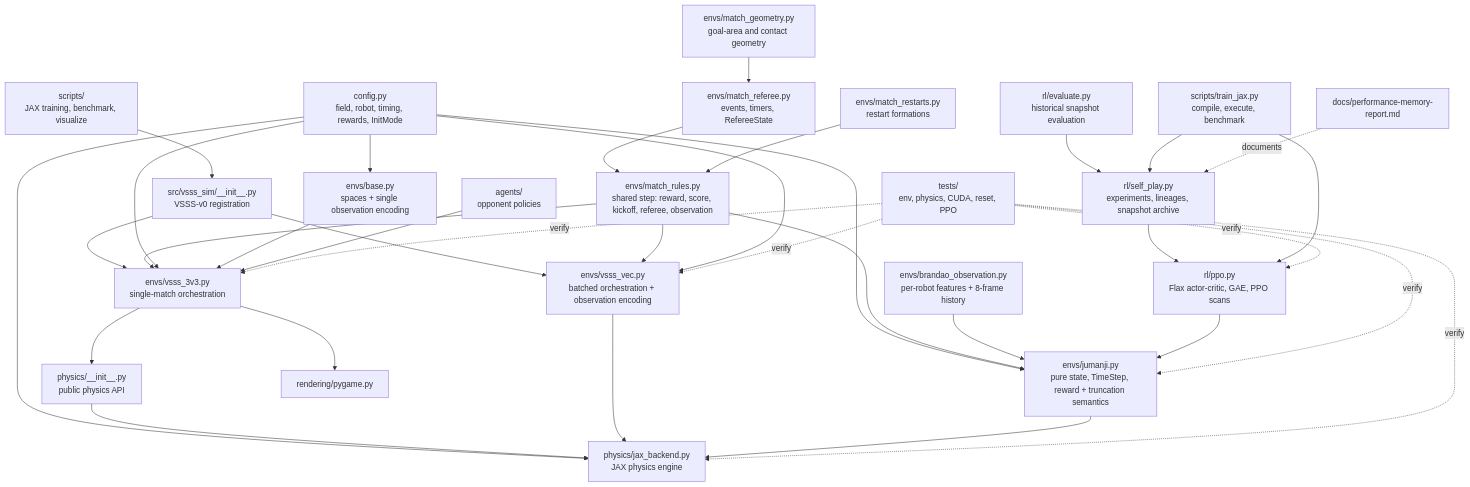
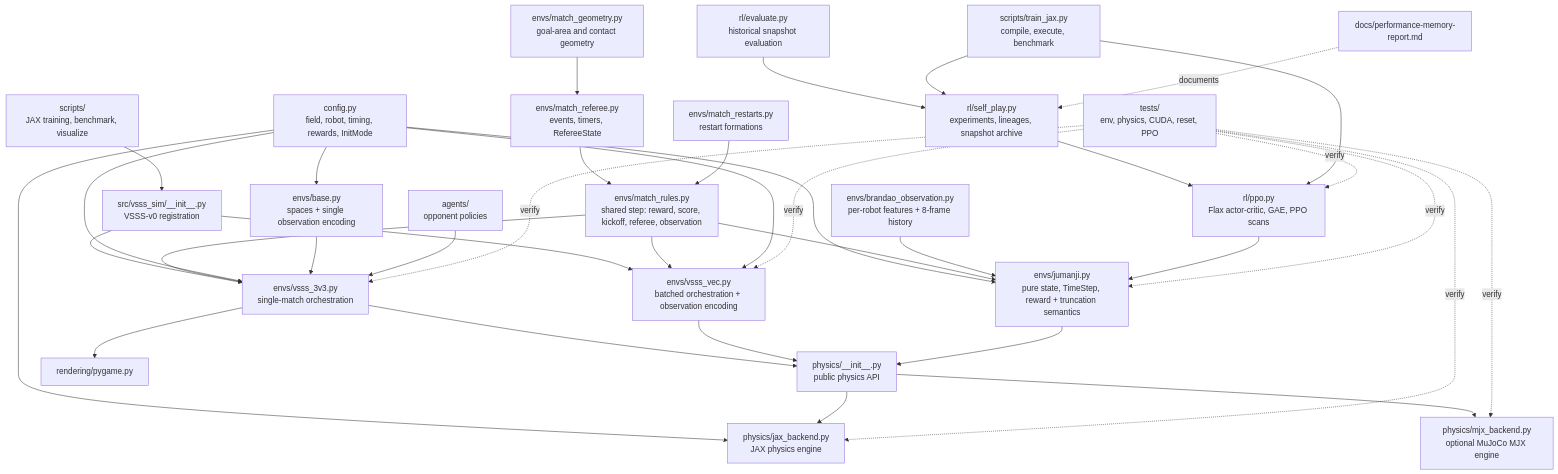
Before and after one commit to canhotuctor/vsss-sim: the eighth of 8 diagrams in STRUCTURE.md, drawn with Mermaid. The commit also changed other lines of this file and 18 other files, not shown here.

Commit message:
feat: add optional MuJoCo MJX physics backend

````diff
--- a/STRUCTURE.md
+++ b/STRUCTURE.md
@@ -337,58 +356,61 @@
 ```mermaid
 flowchart TD
     registration["src/vsss_sim/__init__.py<br/>VSSS-v0 registration"]
     config["config.py<br/>field, robot, timing, rewards, InitMode"]
     base["envs/base.py<br/>spaces + single observation encoding"]
     single["envs/vsss_3v3.py<br/>single-match orchestration"]
     vector["envs/vsss_vec.py<br/>batched orchestration + observation encoding"]
     jumanji["envs/jumanji.py<br/>pure state, TimeStep, reward + truncation semantics"]
     matchrules["envs/match_rules.py<br/>shared step: reward, score, kickoff, referee, observation"]
     referee["envs/match_referee.py<br/>events, timers, RefereeState"]
     restarts["envs/match_restarts.py<br/>restart formations"]
     geometry["envs/match_geometry.py<br/>goal-area and contact geometry"]
     brandaoobs["envs/brandao_observation.py<br/>per-robot features + 8-frame history"]
     selfplay["rl/self_play.py<br/>experiments, lineages, snapshot archive"]
     evaluate["rl/evaluate.py<br/>historical snapshot evaluation"]
     ppo["rl/ppo.py<br/>Flax actor-critic, GAE, PPO scans"]
     physicsapi["physics/__init__.py<br/>public physics API"]
     jax["physics/jax_backend.py<br/>JAX physics engine"]
+    mjxengine["physics/mjx_backend.py<br/>optional MuJoCo MJX engine"]
     agents["agents/<br/>opponent policies"]
     render["rendering/pygame.py"]
     trainjax["scripts/train_jax.py<br/>compile, execute, benchmark"]
     scripts["scripts/<br/>JAX training, benchmark, visualize"]
     tests["tests/<br/>env, physics, CUDA, reset, PPO"]
     report["docs/performance-memory-report.md"]
 
     registration --> single
     registration --> vector
     config --> jumanji
     matchrules --> single
     matchrules --> vector
     matchrules --> jumanji
     referee --> matchrules
     restarts --> matchrules
     geometry --> referee
     brandaoobs --> jumanji
     selfplay --> ppo
     evaluate --> selfplay
     config --> base
     config --> single
     config --> vector
     config --> jax
     base --> single
     agents --> single
     single --> physicsapi --> jax
-    vector --> jax
-    jumanji --> jax
+    physicsapi --> mjxengine
+    vector --> physicsapi
+    jumanji --> physicsapi
     ppo --> jumanji
     trainjax --> ppo
     trainjax --> selfplay
     single --> render
     scripts --> registration
     tests -. verify .-> single
     tests -. verify .-> vector
     tests -. verify .-> jumanji
     tests -. verify .-> ppo
     tests -. verify .-> jax
+    tests -. verify .-> mjxengine
     report -. documents .-> selfplay
 ```
````
